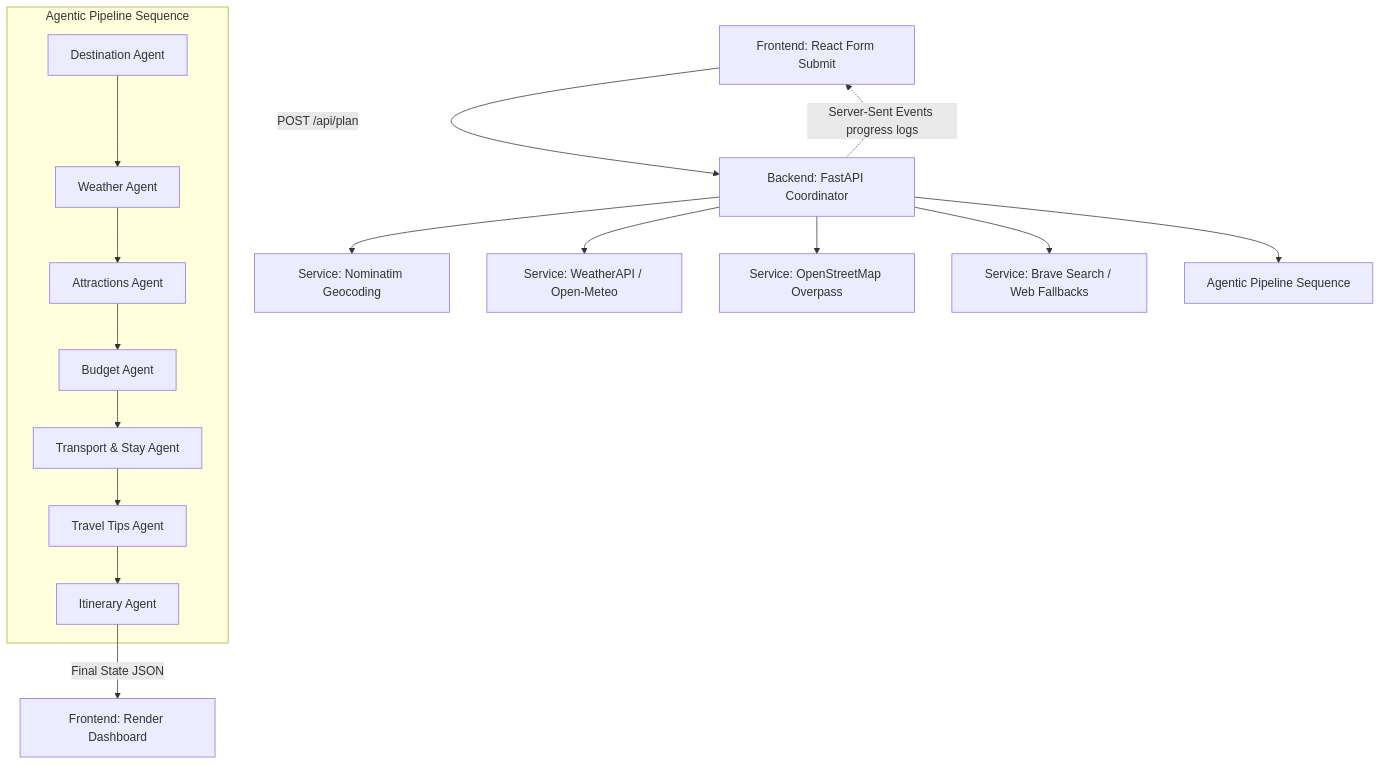
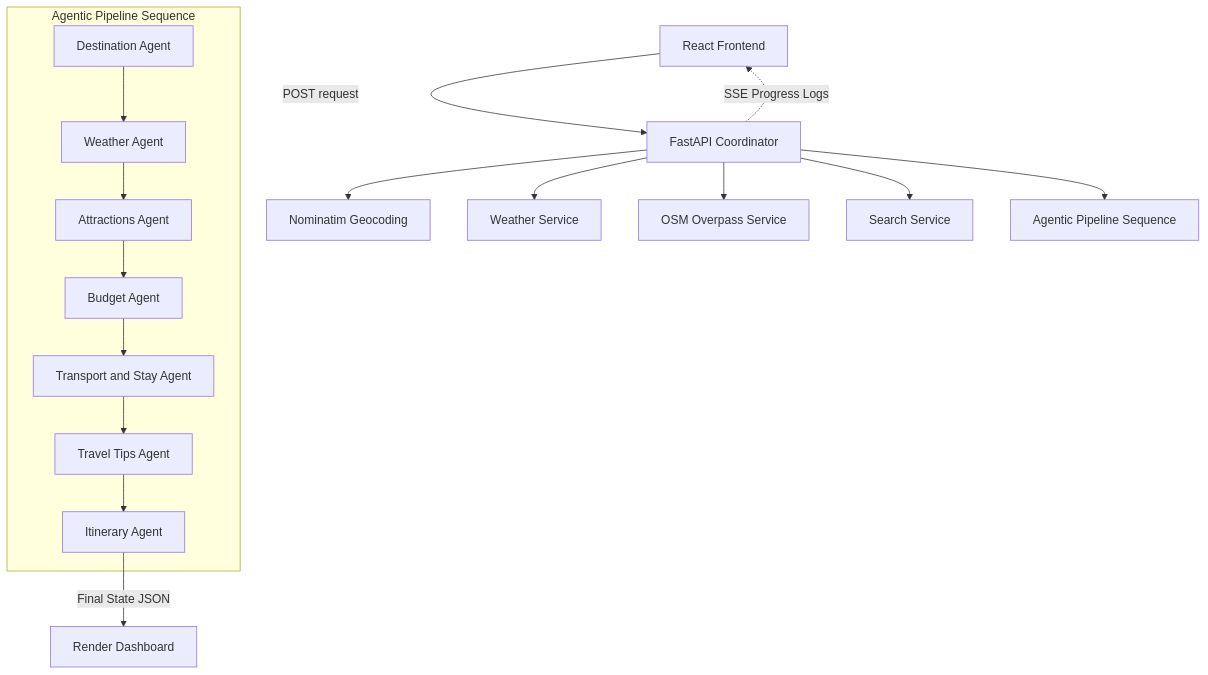
Before and after one commit to Amaan-Abbas/tripPlanner: the diagram in README.md, drawn with Mermaid.

Commit message:
readME updated

````diff
--- a/README.md
+++ b/README.md
@@ -25,21 +25,21 @@
 ```mermaid
 graph TD
-    A["Frontend: React Form Submit"] -->|"POST /api/plan"| B["Backend: FastAPI Coordinator"]
-    B --> C["Service: Nominatim Geocoding"]
-    B --> D["Service: WeatherAPI / Open-Meteo"]
-    B --> E["Service: OpenStreetMap Overpass"]
-    B --> F["Service: Brave Search / Web Fallbacks"]
-    B --> G["Agentic Pipeline Sequence"]
+    A[React Frontend] -->|POST request| B[FastAPI Coordinator]
+    B --> C[Nominatim Geocoding]
+    B --> D[Weather Service]
+    B --> E[OSM Overpass Service]
+    B --> F[Search Service]
+    B --> G[Agentic Pipeline Sequence]
     
-    subgraph pipeline ["Agentic Pipeline Sequence"]
-        G1["Destination Agent"] --> G2["Weather Agent"]
-        G2 --> G3["Attractions Agent"]
-        G3 --> G4["Budget Agent"]
-        G4 --> G5["Transport & Stay Agent"]
-        G5 --> G6["Travel Tips Agent"]
-        G6 --> G7["Itinerary Agent"]
+    subgraph pipeline [Agentic Pipeline Sequence]
+        G1[Destination Agent] --> G2[Weather Agent]
+        G2 --> G3[Attractions Agent]
+        G3 --> G4[Budget Agent]
+        G4 --> G5[Transport and Stay Agent]
+        G5 --> G6[Travel Tips Agent]
+        G6 --> G7[Itinerary Agent]
     end
     
-    G7 -->|"Final State JSON"| H["Frontend: Render Dashboard"]
-    B -.->|"Server-Sent Events progress logs"| A
+    G7 -->|Final State JSON| H[Render Dashboard]
+    B -.->|SSE Progress Logs| A
 ```
````
